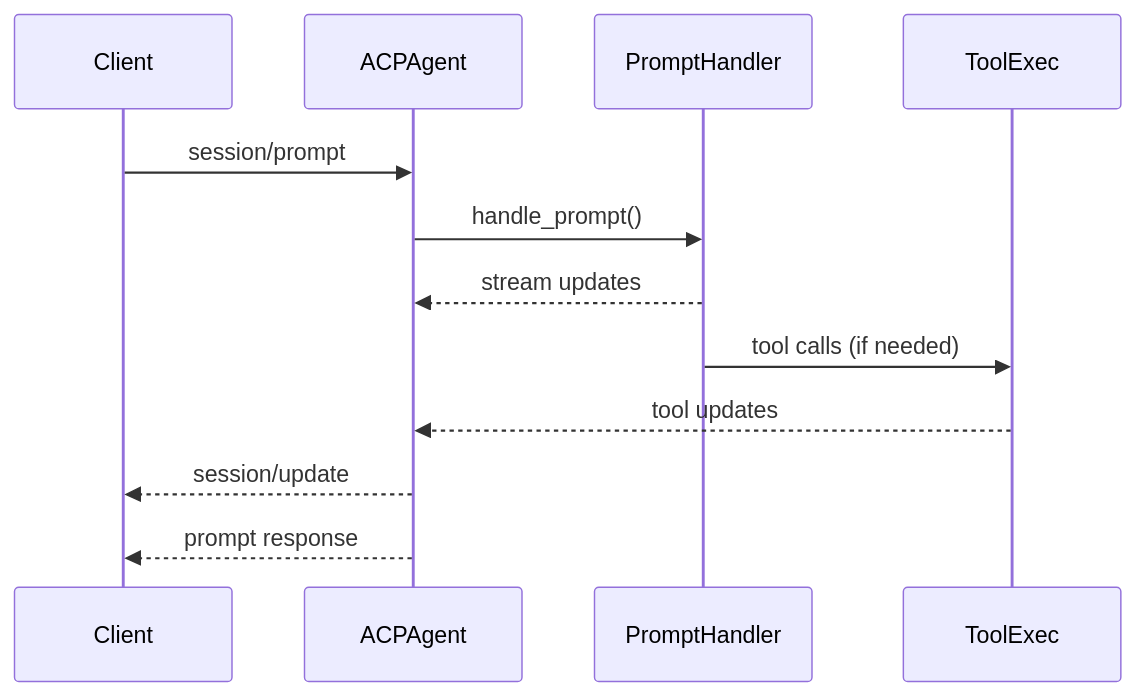
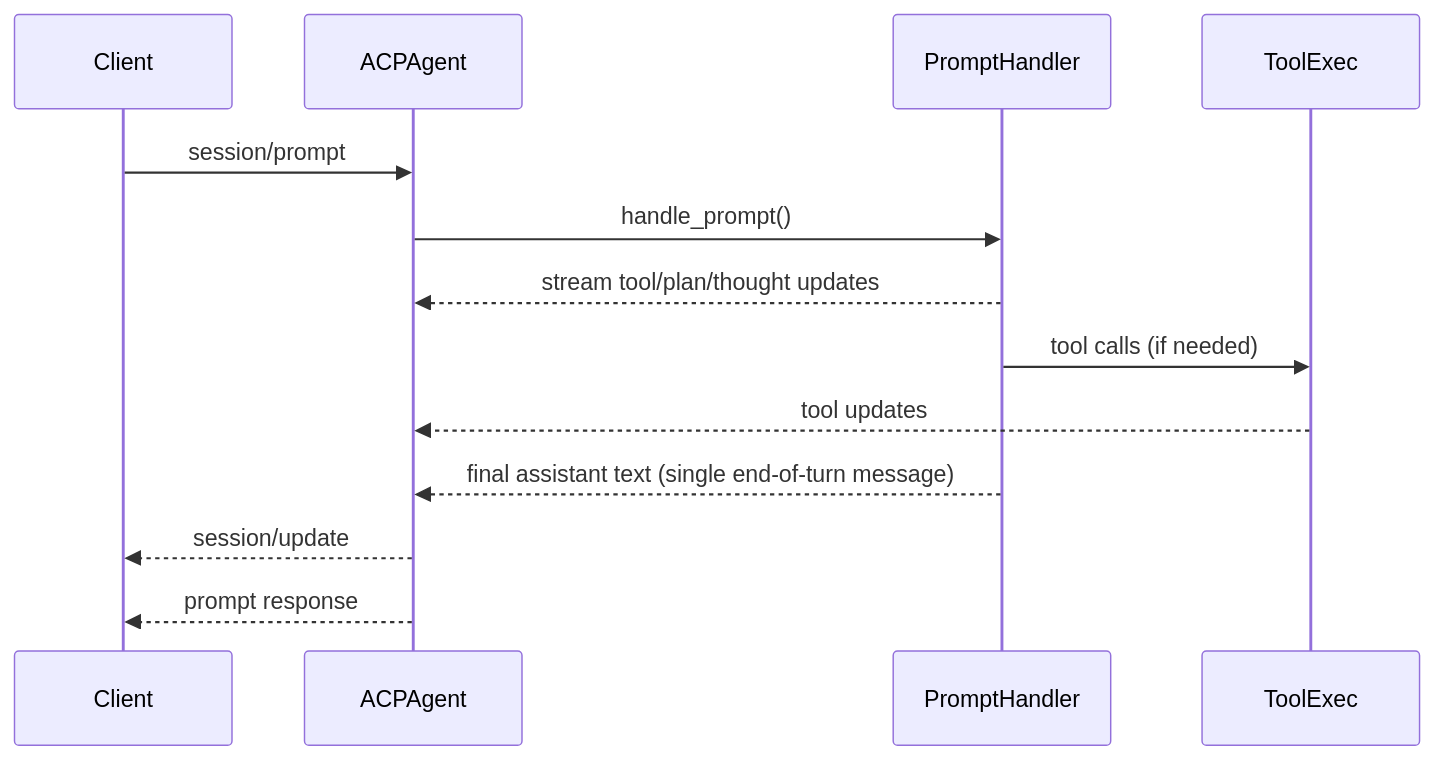
Before and after one commit to gbtami/isaac: the second of 2 diagrams in ARCHITECTURE.md, drawn with Mermaid. The commit also changed other lines of this file and 1 other file, not shown here.

````diff
--- a/ARCHITECTURE.md
+++ b/ARCHITECTURE.md
@@ -61,15 +61,16 @@
 ```mermaid
 sequenceDiagram
   participant Client
   participant Agent as ACPAgent
   participant Prompt as PromptHandler
   participant Tools as ToolExec
 
   Client->>Agent: session/prompt
   Agent->>Prompt: handle_prompt()
-  Prompt-->>Agent: stream updates
+  Prompt-->>Agent: stream tool/plan/thought updates
   Prompt->>Tools: tool calls (if needed)
   Tools-->>Agent: tool updates
+  Prompt-->>Agent: final assistant text (single end-of-turn message)
   Agent-->>Client: session/update
   Agent-->>Client: prompt response
 ```
````
